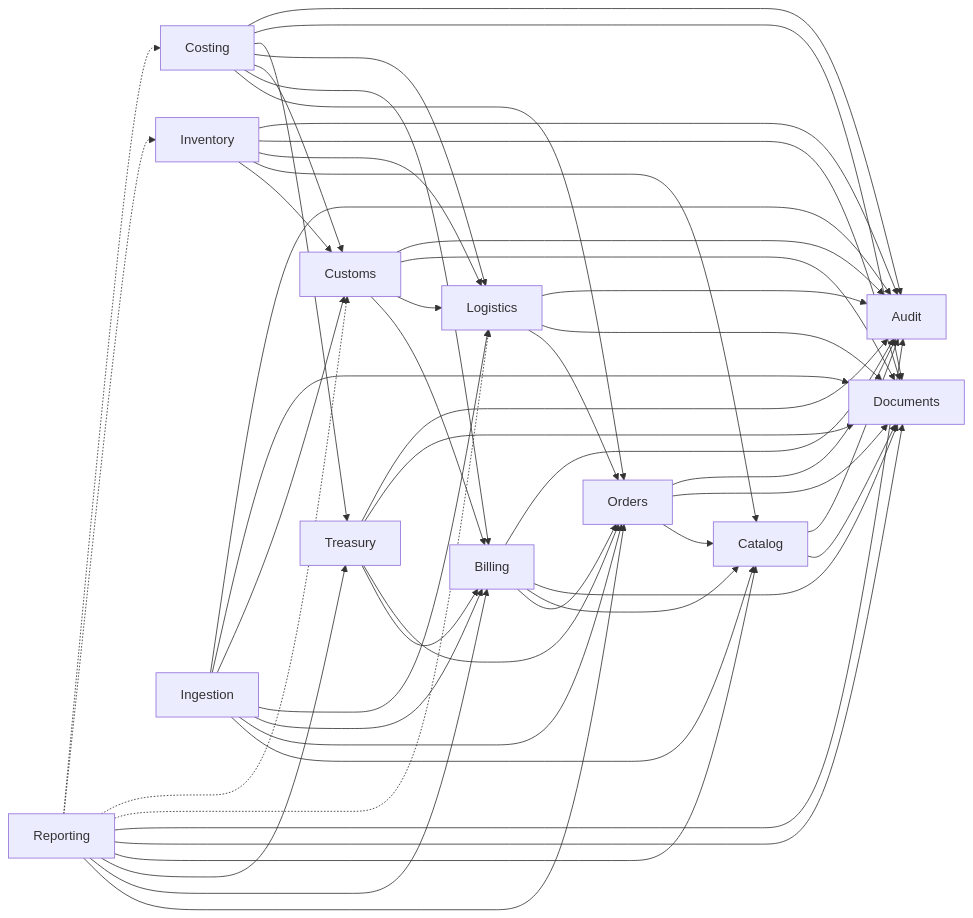
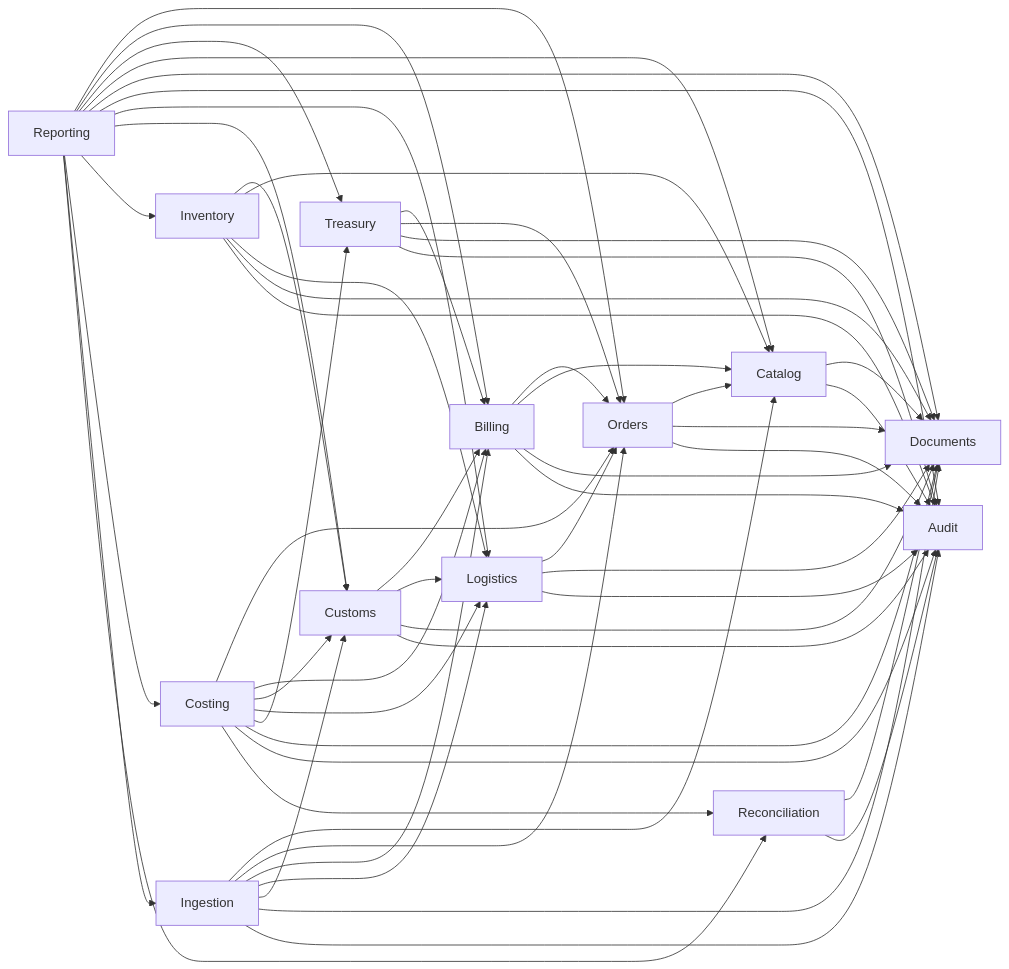
Before and after one commit to Kadorium/controle_heroes: the diagram in docs/v2/BLUEPRINT_SISTEMA_EPIC_V2.md, drawn with Mermaid. The commit also changed other lines of this file and 276 other files, not shown here.

````diff
--- a/docs/v2/BLUEPRINT_SISTEMA_EPIC_V2.md
+++ b/docs/v2/BLUEPRINT_SISTEMA_EPIC_V2.md
@@ -546,52 +562,57 @@
 ```mermaid
 flowchart LR
   Catalog --> Documents
   Catalog --> Audit
   Orders --> Catalog
   Orders --> Documents
   Orders --> Audit
   Billing --> Orders
   Billing --> Catalog
   Billing --> Documents
   Billing --> Audit
   Treasury --> Billing
   Treasury --> Orders
   Treasury --> Documents
   Treasury --> Audit
   Logistics --> Orders
   Logistics --> Documents
   Logistics --> Audit
   Customs --> Billing
   Customs --> Logistics
   Customs --> Documents
   Customs --> Audit
   Inventory --> Customs
   Inventory --> Catalog
   Inventory --> Logistics
   Inventory --> Documents
   Inventory --> Audit
   Costing --> Orders
   Costing --> Billing
   Costing --> Customs
   Costing --> Logistics
   Costing --> Treasury
   Costing --> Documents
   Costing --> Audit
+  Costing --> Reconciliation
+  Reconciliation --> Documents
+  Reconciliation --> Audit
   Ingestion --> Catalog
   Ingestion --> Orders
   Ingestion --> Billing
   Ingestion --> Logistics
   Ingestion --> Customs
   Ingestion --> Documents
   Ingestion --> Audit
   Reporting --> Orders
   Reporting --> Billing
   Reporting --> Treasury
   Reporting --> Catalog
   Reporting --> Documents
   Reporting --> Audit
-  Reporting -.-> Logistics
-  Reporting -.-> Customs
-  Reporting -.-> Inventory
-  Reporting -.-> Costing
+  Reporting --> Logistics
+  Reporting --> Customs
+  Reporting --> Inventory
+  Reporting --> Costing
+  Reporting --> Ingestion
+  Reporting --> Reconciliation
 ```
````
